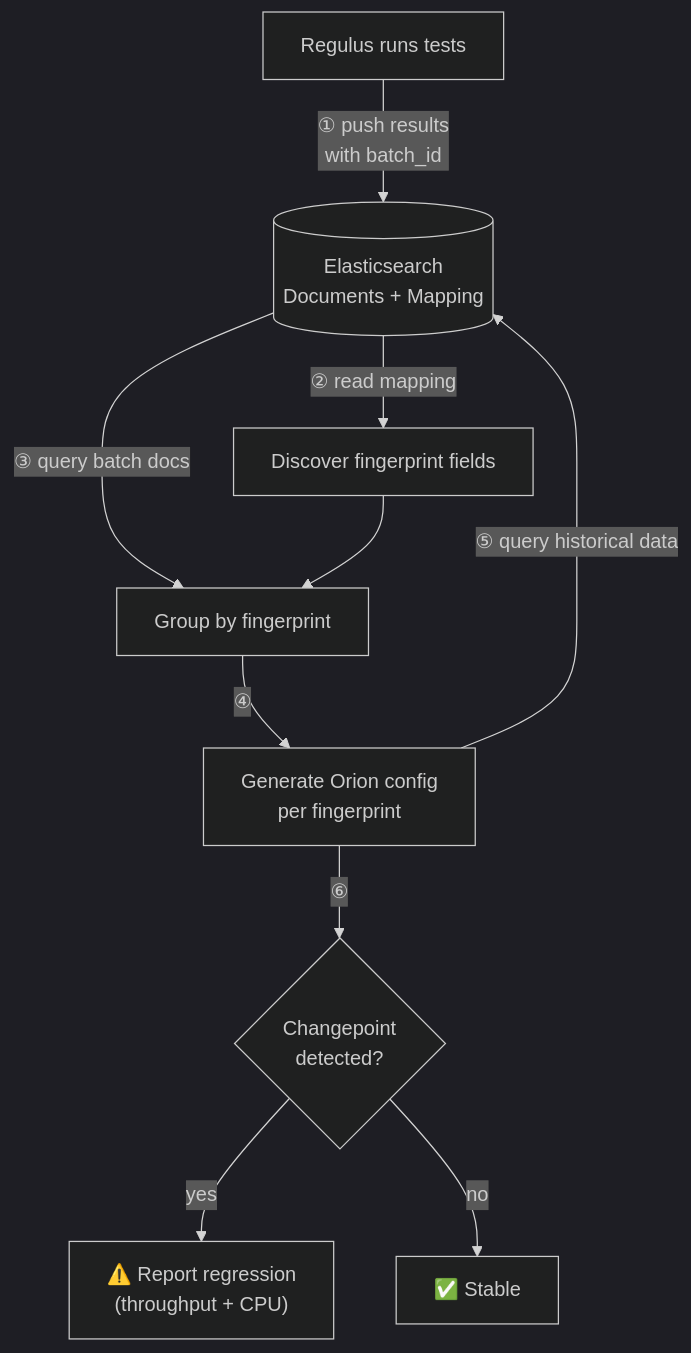
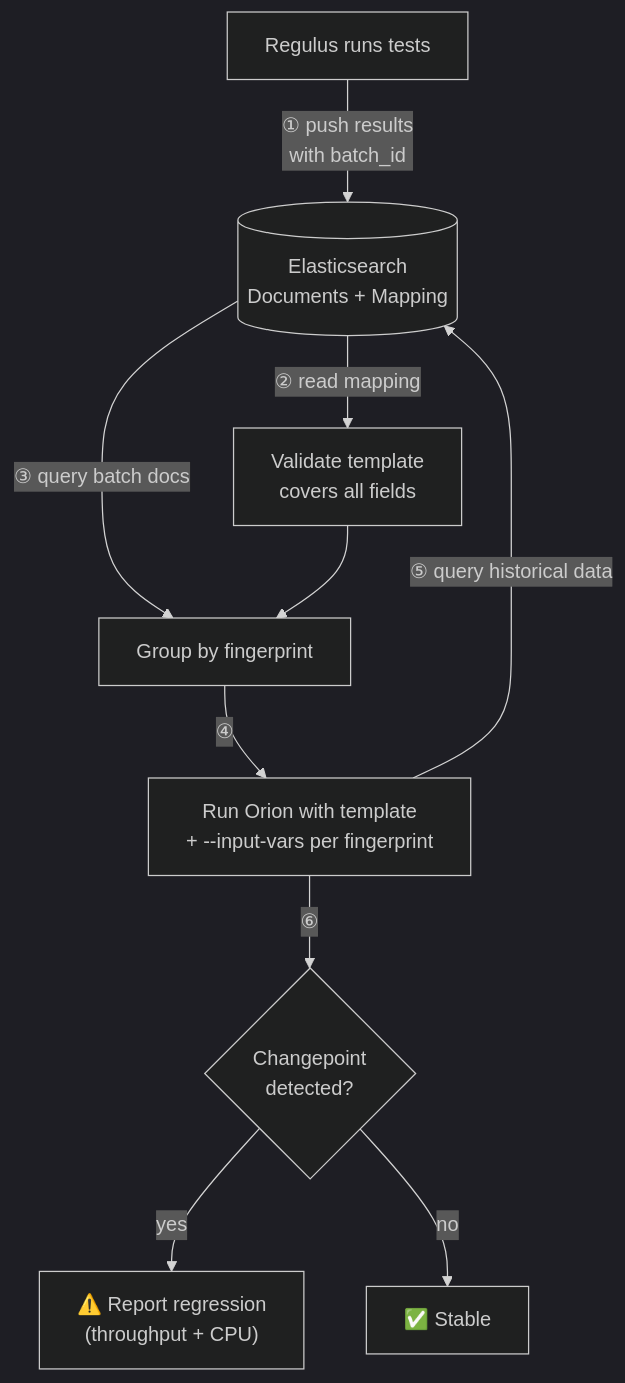
Before and after one commit to redhat-performance/regulus: the diagram in ORION/README.md, drawn with Mermaid (dark theme). The commit also changed other lines of this file and 1 other file, not shown here.

First line of the commit message:
Update docs to reflect template-based config approach (#51)

````diff
--- a/ORION/README.md
+++ b/ORION/README.md
@@ -19,12 +17,12 @@
 ```mermaid
 flowchart TD
     A[Regulus runs tests] -->|"① push results\nwith batch_id"| B[(Elasticsearch\nDocuments + Mapping)]
-    B -->|"② read mapping"| C[Discover fingerprint fields]
+    B -->|"② read mapping"| C[Validate template\ncovers all fields]
     B -->|"③ query batch docs"| D[Group by fingerprint]
     C --> D
-    D -->|④| E[Generate Orion config\nper fingerprint]
+    D -->|④| E["Run Orion with template\n+ --input-vars per fingerprint"]
     E -->|"⑤ query historical data"| B
     E -->|⑥| F{Changepoint\ndetected?}
     F -->|yes| G["⚠️ Report regression\n(throughput + CPU)"]
     F -->|no| H["✅ Stable"]
 ```
````
